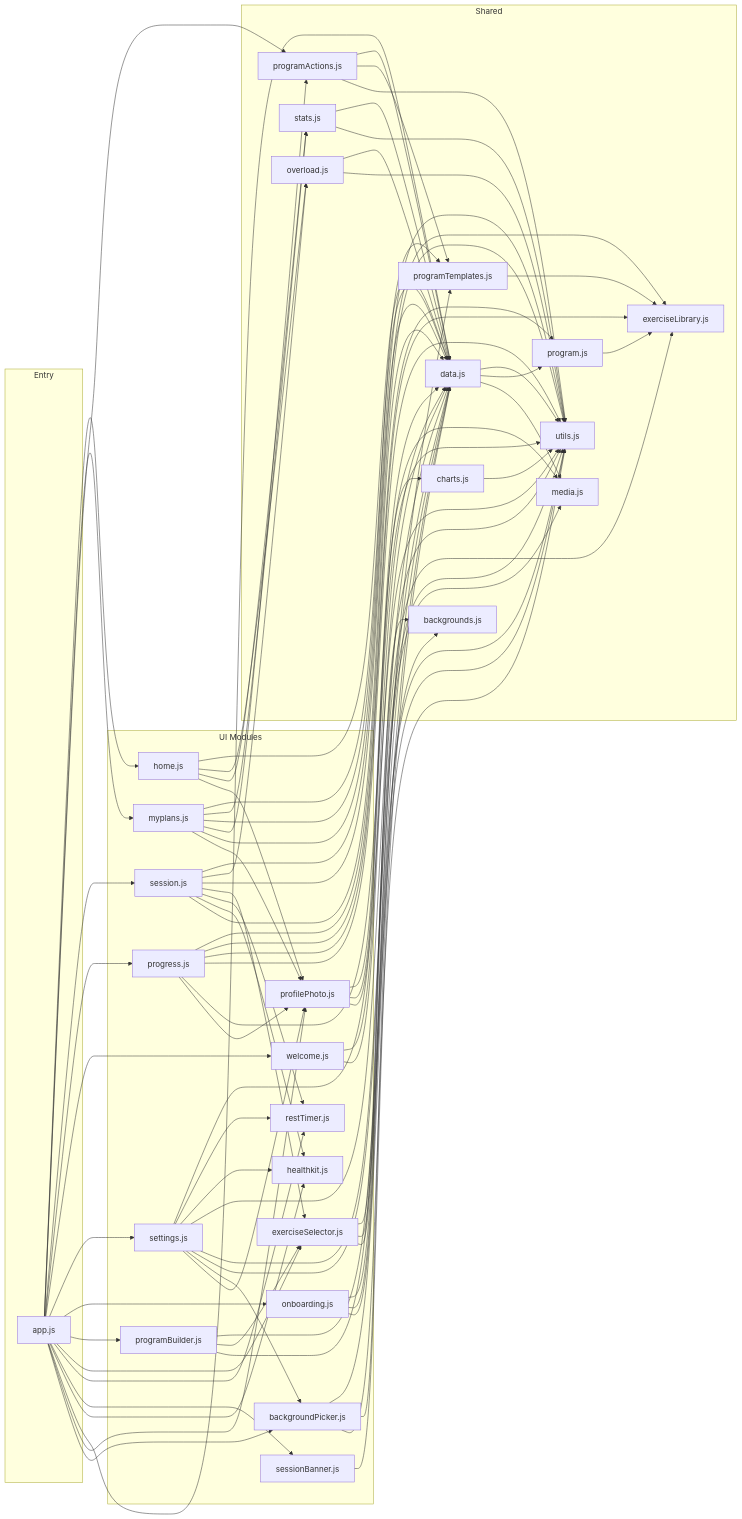
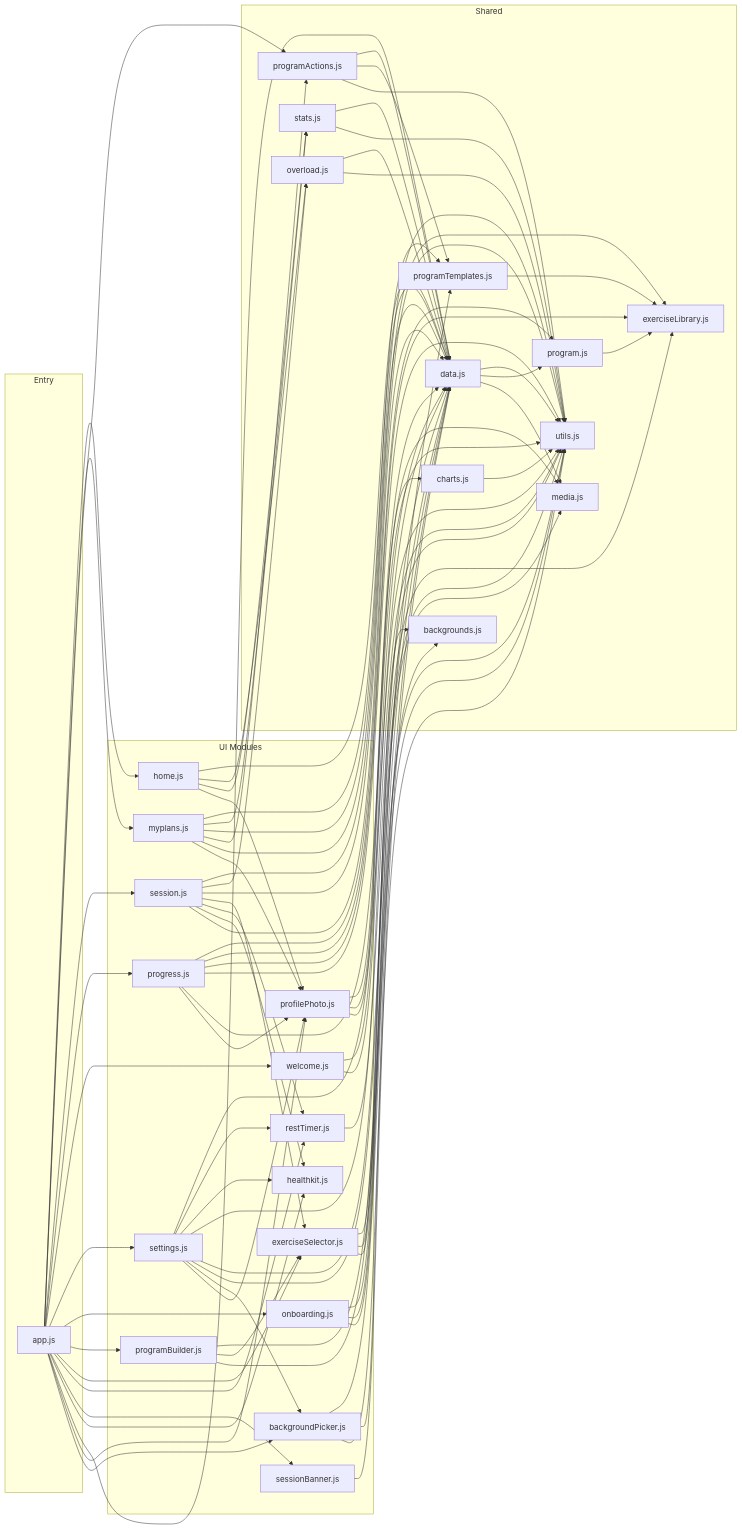
Before and after one commit to reidrussell-alt/plate-log: the second of 8 diagrams in ARCHITECTURE.md, drawn with Mermaid. The commit also changed other lines of this file and 6 other files, not shown here.

First line of the commit message:
Refactor: shared readJSON/writeJSON for timer settings and chart ranges (REFACTOR_PLAN 4.1)

```diff
--- a/ARCHITECTURE.md
+++ b/ARCHITECTURE.md
@@ -209,6 +209,7 @@
     program.js --> exerciseLibrary.js
     programTemplates.js --> exerciseLibrary.js
     charts.js --> utils.js
+    restTimer.js --> utils.js
     overload.js --> data.js
     overload.js --> utils.js
     stats.js --> data.js
```
